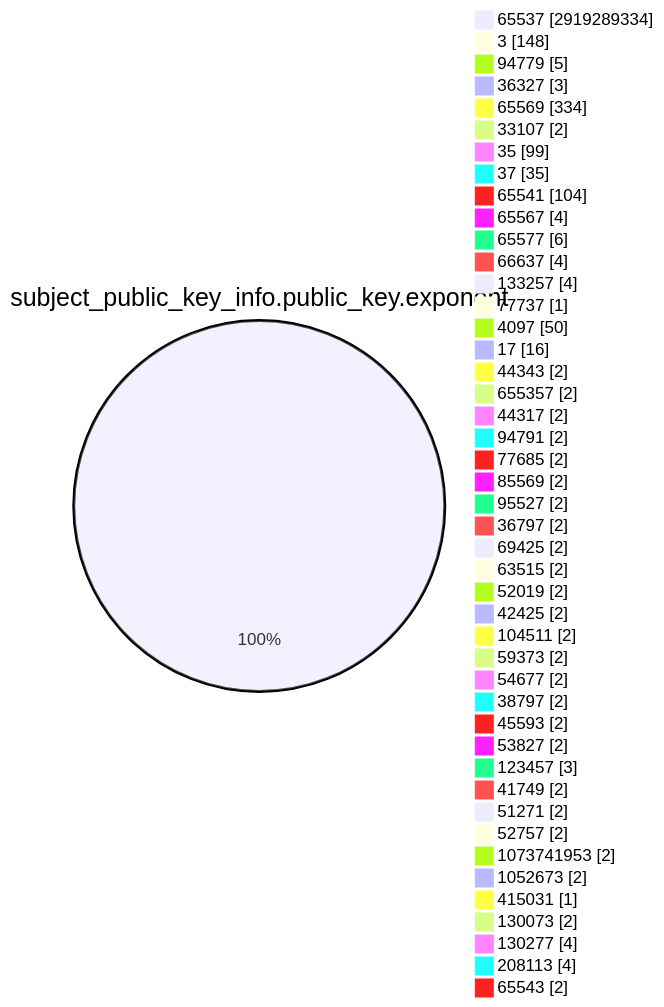
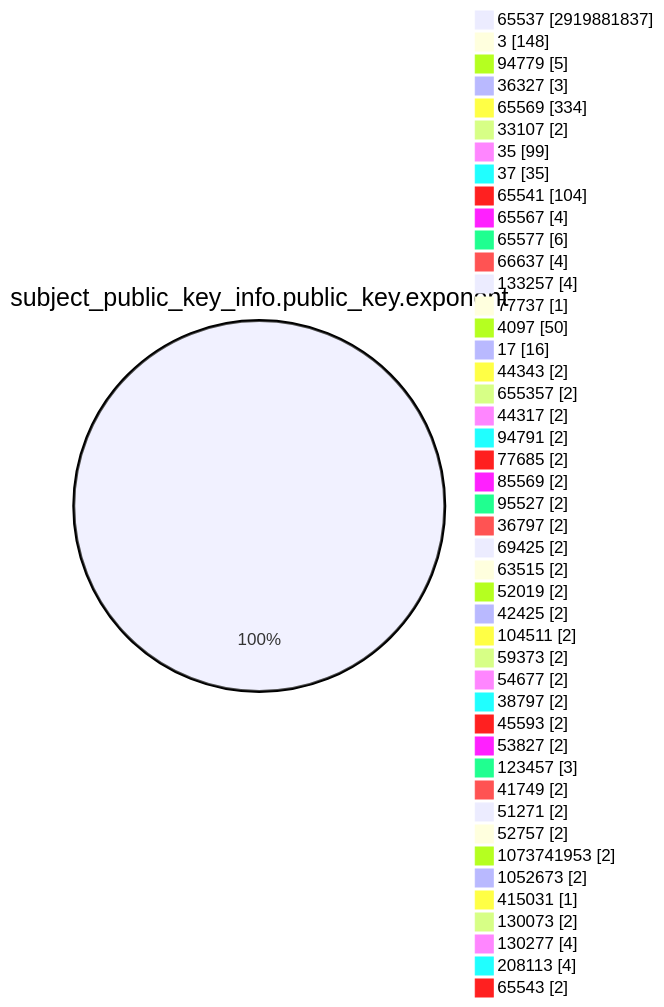
Before and after one commit to christiankrug/ctmonitor_visualization: the fourth of 15 diagrams in TOTAL/README.md, drawn with Mermaid. The commit also changed other lines of this file, not shown here.

````diff
--- a/TOTAL/README.md
+++ b/TOTAL/README.md
@@ -1469,49 +1469,49 @@
 ```mermaid
 pie showData
 title subject_public_key_info.public_key.exponent
-"65537" :2919289334
+"65537" :2919881837
 "3" :148
 "94779" :5
 "36327" :3
 "65569" :334
 "33107" :2
 "35" :99
 "37" :35
 "65541" :104
 "65567" :4
 "65577" :6
 "66637" :4
 "133257" :4
 "77737" :1
 "4097" :50
 "17" :16
 "44343" :2
 "655357" :2
 "44317" :2
 "94791" :2
 "77685" :2
 "85569" :2
 "95527" :2
 "36797" :2
 "69425" :2
 "63515" :2
 "52019" :2
 "42425" :2
 "104511" :2
 "59373" :2
 "54677" :2
 "38797" :2
 "45593" :2
 "53827" :2
 "123457" :3
 "41749" :2
 "51271" :2
 "52757" :2
 "1073741953" :2
 "1052673" :2
 "415031" :1
 "130073" :2
 "130277" :4
 "208113" :4
 "65543" :2
 ```
````
